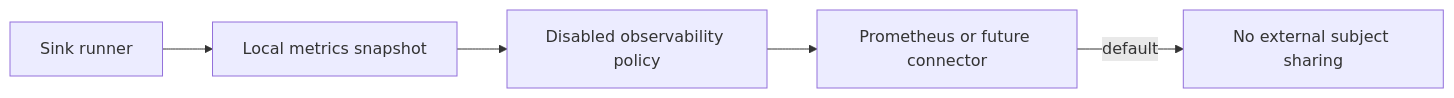
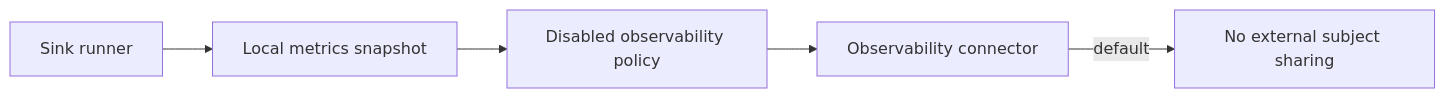
The first of 2 diagrams in docs/subject-aware-observability-evaluation.md (ProjectCuillin/nats-sinks), drawn with Mermaid before and after one commit. The commit also changed other lines of this file and 21 other files, not shown here.

````diff
--- a/docs/subject-aware-observability-evaluation.md
+++ b/docs/subject-aware-observability-evaluation.md
@@ -59,7 +61,7 @@
 ```mermaid
 flowchart LR
     Runner[Sink runner] --> Snapshot[Local metrics snapshot]
     Snapshot --> Policy[Disabled observability policy]
-    Policy --> Exporter[Prometheus or future connector]
+    Policy --> Exporter[Observability connector]
     Exporter -->|default| None[No external subject sharing]
 ```
````
